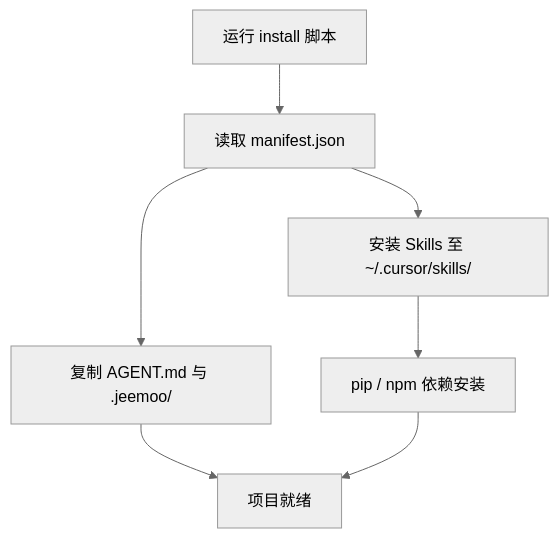
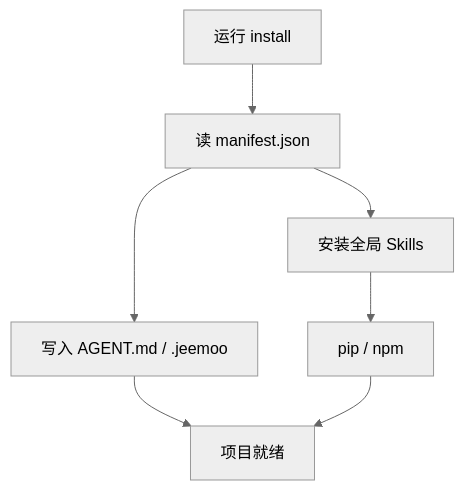
One commit to jeemoonet/jeemookit changed the second of 3 diagrams in doc/README.md. Above: the diagram before and after it, drawn with Mermaid (neutral theme). The commit also changed other lines of this file and 3 other files, not shown here.

````diff
--- a/doc/README.md
+++ b/doc/README.md
@@ -227,9 +78,9 @@
 ```mermaid
 flowchart TB
-    A[运行 install 脚本] --> B[读取 manifest.json]
-    B --> C[安装 Skills 至 ~/.cursor/skills/]
-    B --> D[复制 AGENT.md 与 .jeemoo/]
-    C --> E[pip / npm 依赖安装]
+    A[运行 install] --> B[读 manifest.json]
+    B --> C[安装全局 Skills]
+    B --> D[写入 AGENT.md / .jeemoo]
+    C --> E[pip / npm]
     D --> F[项目就绪]
     E --> F
 ```
````
